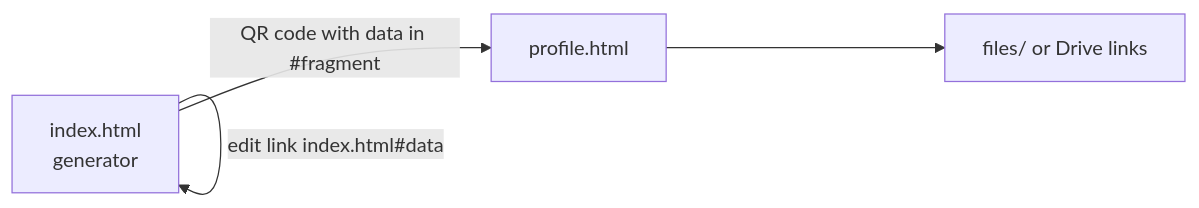
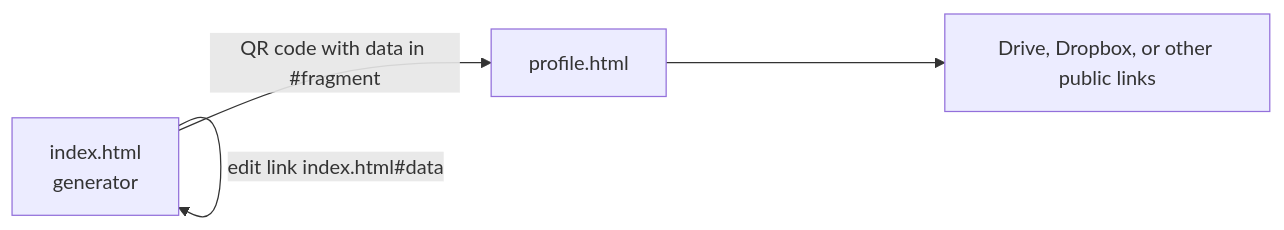
The diagram in README.md (Nabila-Farzana/QrFolio), drawn with Mermaid before and after one commit. The commit also changed other lines of this file and 6 other files, not shown here.

````diff
--- a/README.md
+++ b/README.md
@@ -9,6 +9,6 @@
 ```mermaid
 flowchart LR
   G[index.html<br/>generator] -->|QR code with data in #fragment| P[profile.html]
-  P --> F[files/ or Drive links]
+  P --> F[Drive, Dropbox, or other public links]
   G -->|edit link index.html#data| G
 ```
````
